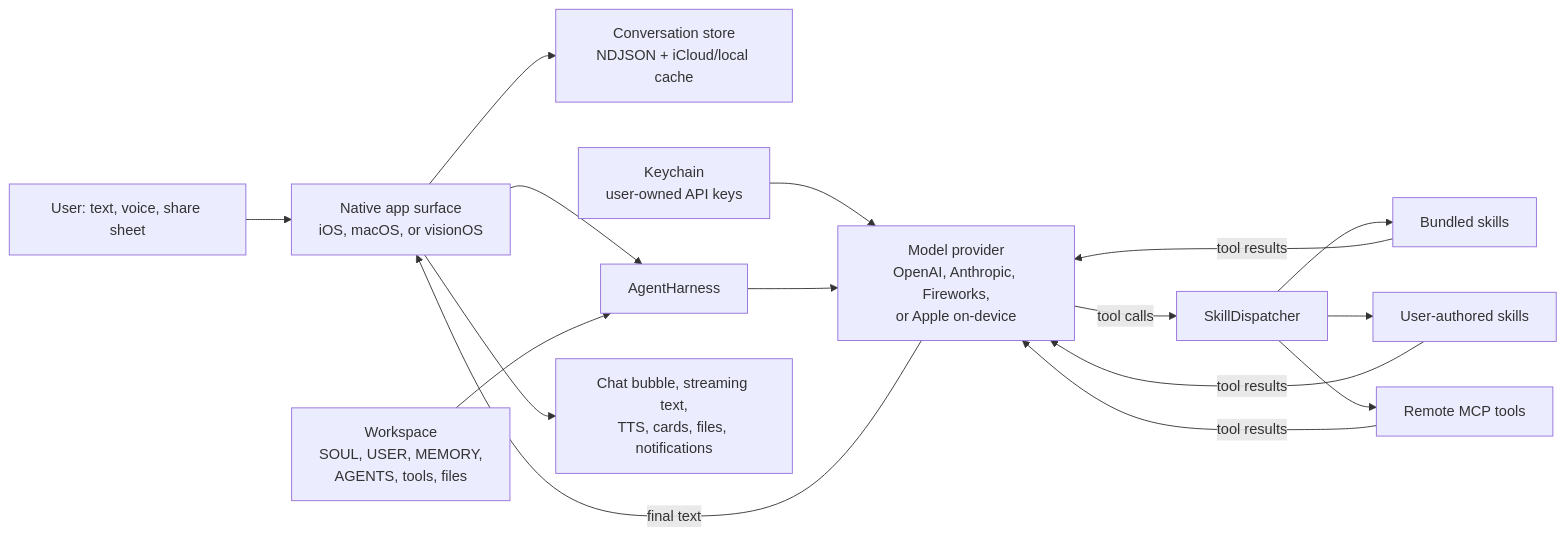
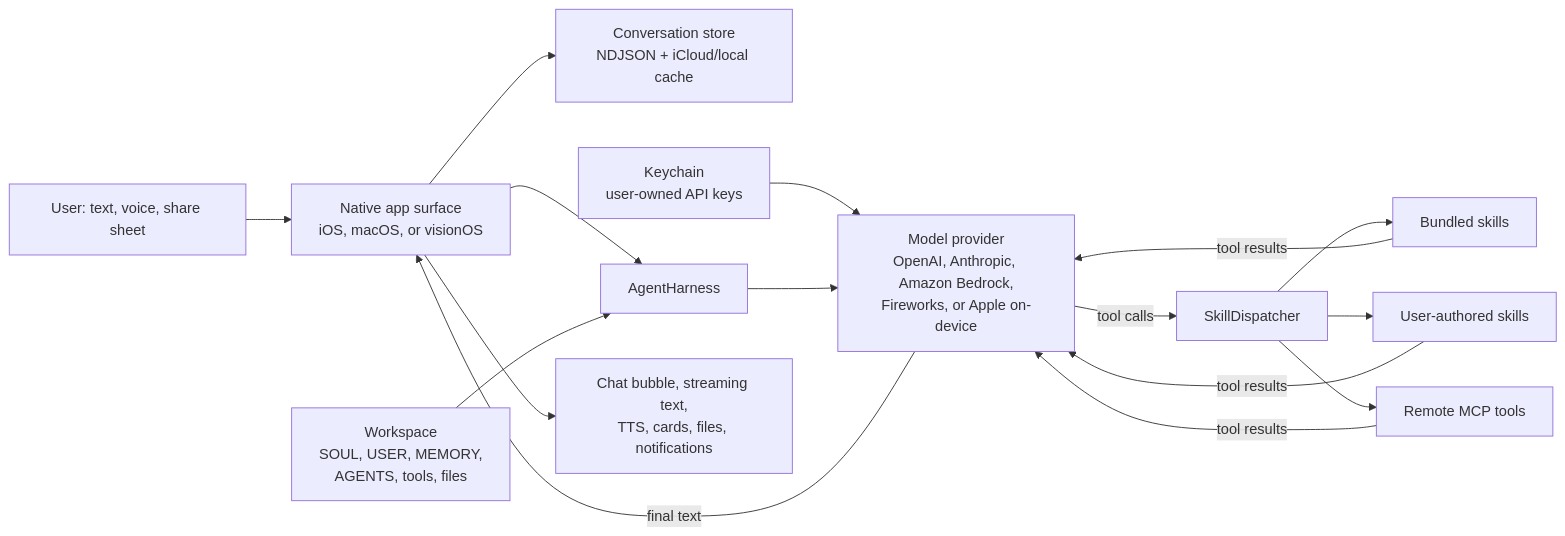
The first of 3 diagrams in docs/HOW_IT_WORKS.md (getathelas/LoopHarness), drawn with Mermaid before and after one commit. The commit also changed 18 other files, not shown here.

Commit message:
Add Amazon Bedrock support and update Kimi K3

````diff
--- a/docs/HOW_IT_WORKS.md
+++ b/docs/HOW_IT_WORKS.md
@@ -15,21 +15,21 @@
 ```mermaid
 flowchart LR
     User["User: text, voice, share sheet"] --> Surface["Native app surface<br/>iOS, macOS, or visionOS"]
     Surface --> Store["Conversation store<br/>NDJSON + iCloud/local cache"]
     Surface --> Harness["AgentHarness"]
 
     Workspace["Workspace<br/>SOUL, USER, MEMORY,<br/>AGENTS, tools, files"] --> Harness
     Keys["Keychain<br/>user-owned API keys"] --> Providers
-    Harness --> Providers["Model provider<br/>OpenAI, Anthropic, Fireworks,<br/>or Apple on-device"]
+    Harness --> Providers["Model provider<br/>OpenAI, Anthropic, Amazon Bedrock,<br/>Fireworks, or Apple on-device"]
 
     Providers -->|"final text"| Surface
     Providers -->|"tool calls"| Dispatcher["SkillDispatcher"]
     Dispatcher --> Skills["Bundled skills"]
     Dispatcher --> Dynamic["User-authored skills"]
     Dispatcher --> MCP["Remote MCP tools"]
     Skills -->|"tool results"| Providers
     Dynamic -->|"tool results"| Providers
     MCP -->|"tool results"| Providers
 
     Surface --> Output["Chat bubble, streaming text,<br/>TTS, cards, files, notifications"]
 ```
````
